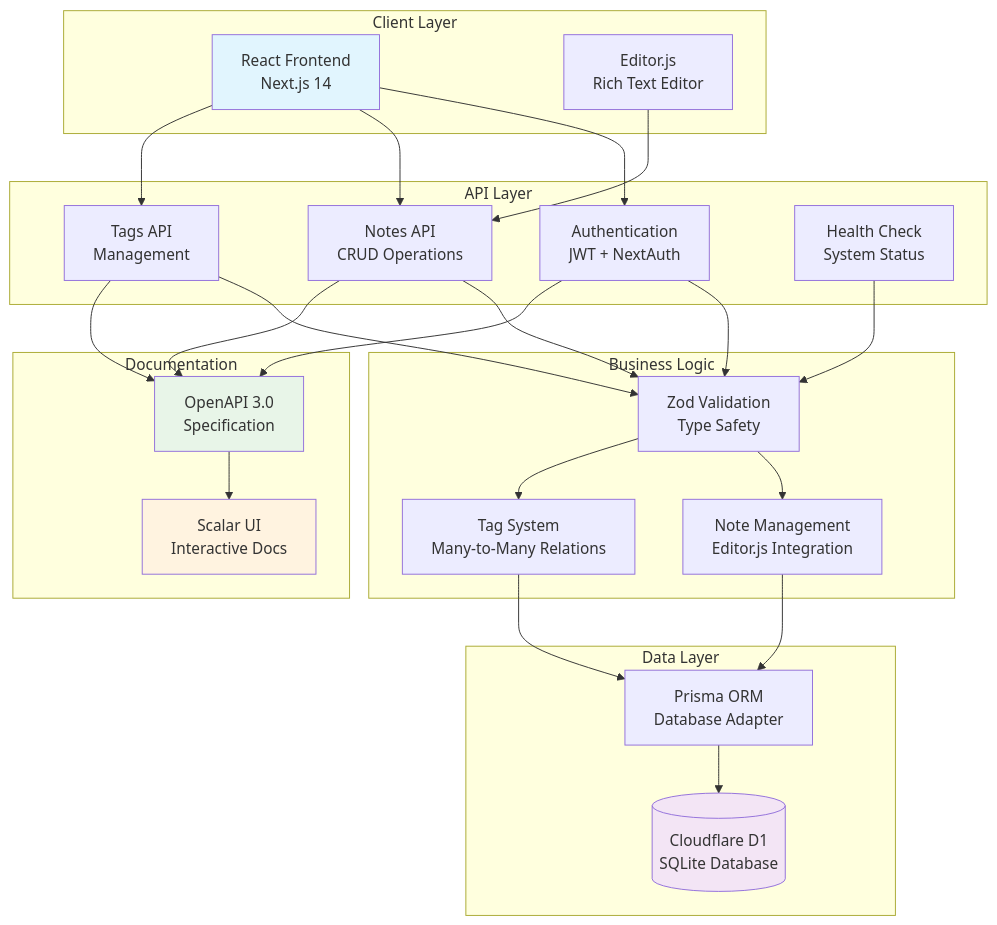
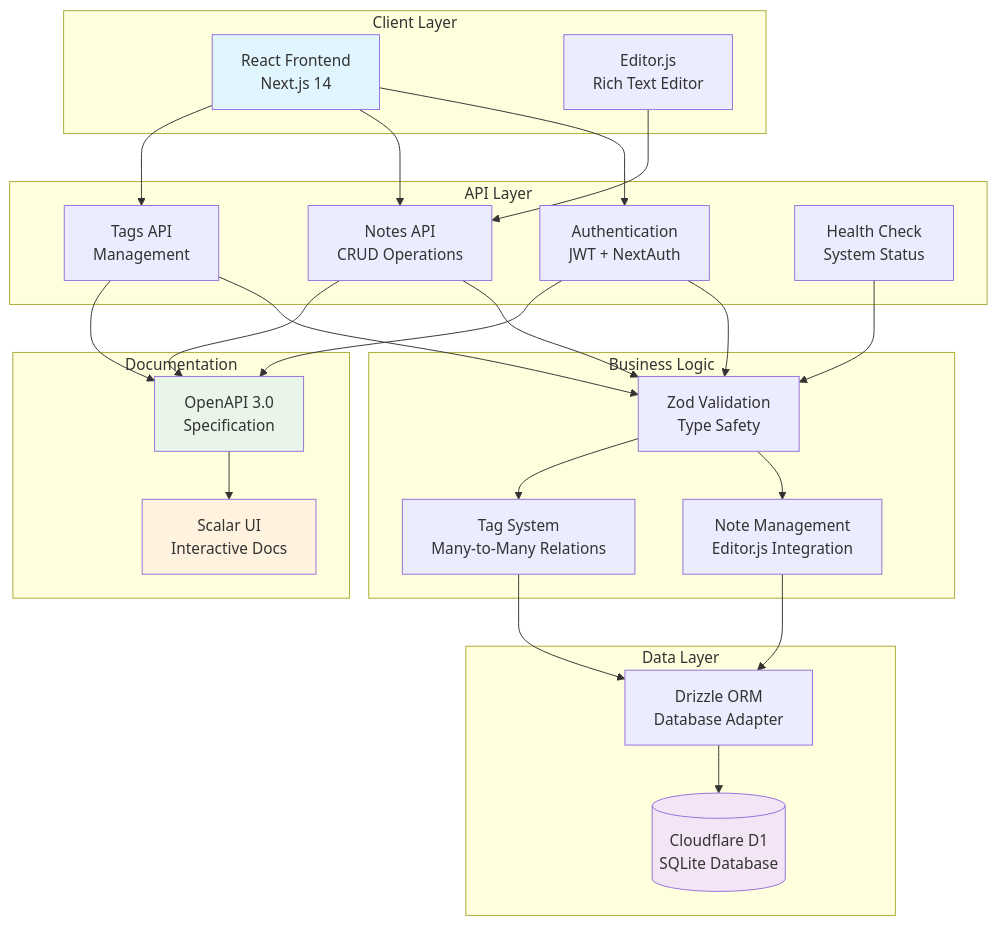
One commit to Chious/note-taking-web-app changed the first of 6 diagrams in docs/API_DOCUMENTATION.md. Above: the diagram before and after it, drawn with Mermaid. The commit also changed other lines of this file and 1 other file, not shown here.

First line of the commit message:
Update ORM references from Prisma to Drizzle

````diff
--- a/docs/API_DOCUMENTATION.md
+++ b/docs/API_DOCUMENTATION.md
@@ -52,58 +52,58 @@
 ```mermaid
 graph TB
     subgraph "Client Layer"
         UI[React Frontend<br/>Next.js 14]
         Editor[Editor.js<br/>Rich Text Editor]
     end
 
     subgraph "API Layer"
         Auth[Authentication<br/>JWT + NextAuth]
         NotesAPI[Notes API<br/>CRUD Operations]
         TagsAPI[Tags API<br/>Management]
         HealthAPI[Health Check<br/>System Status]
     end
 
     subgraph "Business Logic"
         Validation[Zod Validation<br/>Type Safety]
         NoteLogic[Note Management<br/>Editor.js Integration]
         TagLogic[Tag System<br/>Many-to-Many Relations]
     end
 
     subgraph "Data Layer"
         DB[(Cloudflare D1<br/>SQLite Database)]
-        Prisma[Prisma ORM<br/>Database Adapter]
+        Drizzle[Drizzle ORM<br/>Database Adapter]
     end
 
     subgraph "Documentation"
         OpenAPI[OpenAPI 3.0<br/>Specification]
         Scalar[Scalar UI<br/>Interactive Docs]
     end
 
     UI --> Auth
     UI --> NotesAPI
     UI --> TagsAPI
     Editor --> NotesAPI
 
     Auth --> Validation
     NotesAPI --> Validation
     TagsAPI --> Validation
     HealthAPI --> Validation
 
     Validation --> NoteLogic
     Validation --> TagLogic
 
-    NoteLogic --> Prisma
-    TagLogic --> Prisma
+    NoteLogic --> Drizzle
+    TagLogic --> Drizzle
 
-    Prisma --> DB
+    Drizzle --> DB
 
     NotesAPI --> OpenAPI
     TagsAPI --> OpenAPI
     Auth --> OpenAPI
     OpenAPI --> Scalar
 
     style UI fill:#e1f5fe
     style DB fill:#f3e5f5
     style OpenAPI fill:#e8f5e8
     style Scalar fill:#fff3e0
 ```
````
